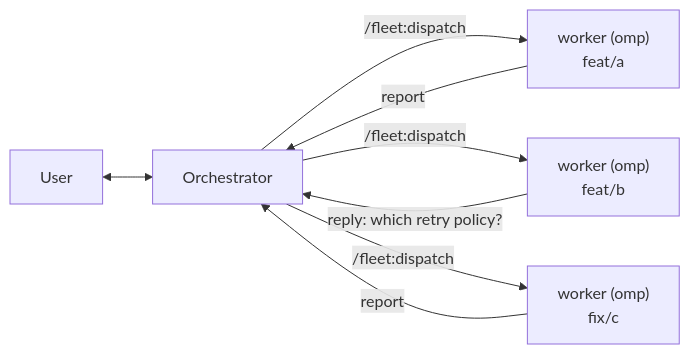
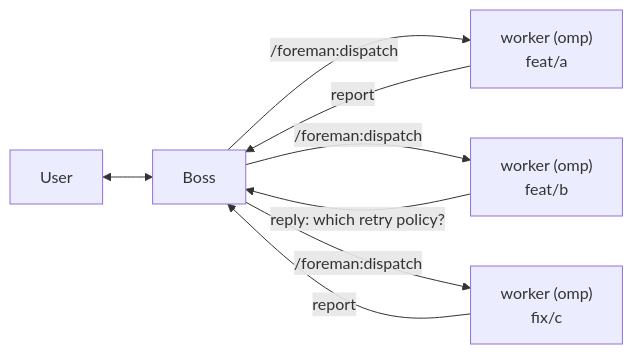
Before and after one commit to andyhite/foreman: the diagram in README.md, drawn with Mermaid. The commit also changed other lines of this file and 22 other files, not shown here.

First line of the commit message:
Rename plugin fleet -> foreman

````diff
--- a/README.md
+++ b/README.md
@@ -36,10 +37,10 @@
 ```mermaid
 graph LR
-  U[User] <--> B[Orchestrator]
-  B -->|"/fleet:dispatch"| W1["worker (omp)<br/>feat/a"]
-  B -->|"/fleet:dispatch"| W2["worker (omp)<br/>feat/b"]
-  B -->|"/fleet:dispatch"| W3["worker (omp)<br/>fix/c"]
+  U[User] <--> B[Boss]
+  B -->|"/foreman:dispatch"| W1["worker (omp)<br/>feat/a"]
+  B -->|"/foreman:dispatch"| W2["worker (omp)<br/>feat/b"]
+  B -->|"/foreman:dispatch"| W3["worker (omp)<br/>fix/c"]
   W1 -->|report| B
   W2 -->|"reply: which retry policy?"| B
   W3 -->|report| B
 ```
````
